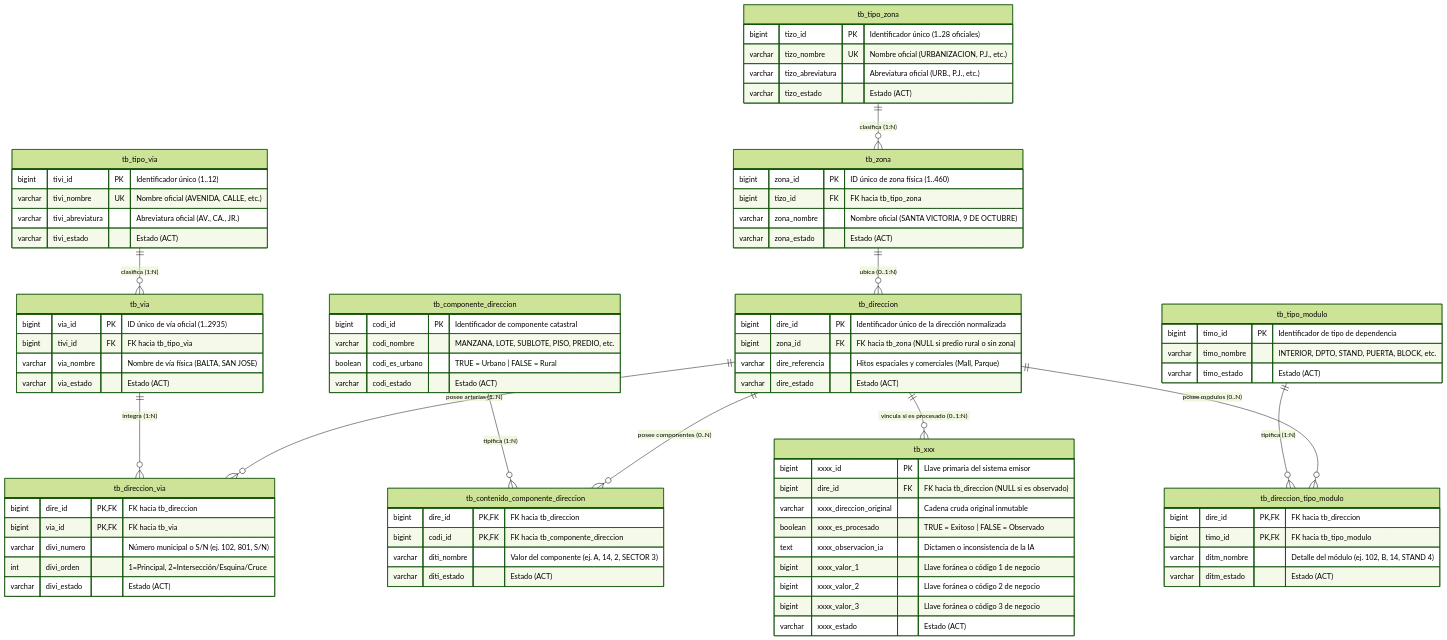
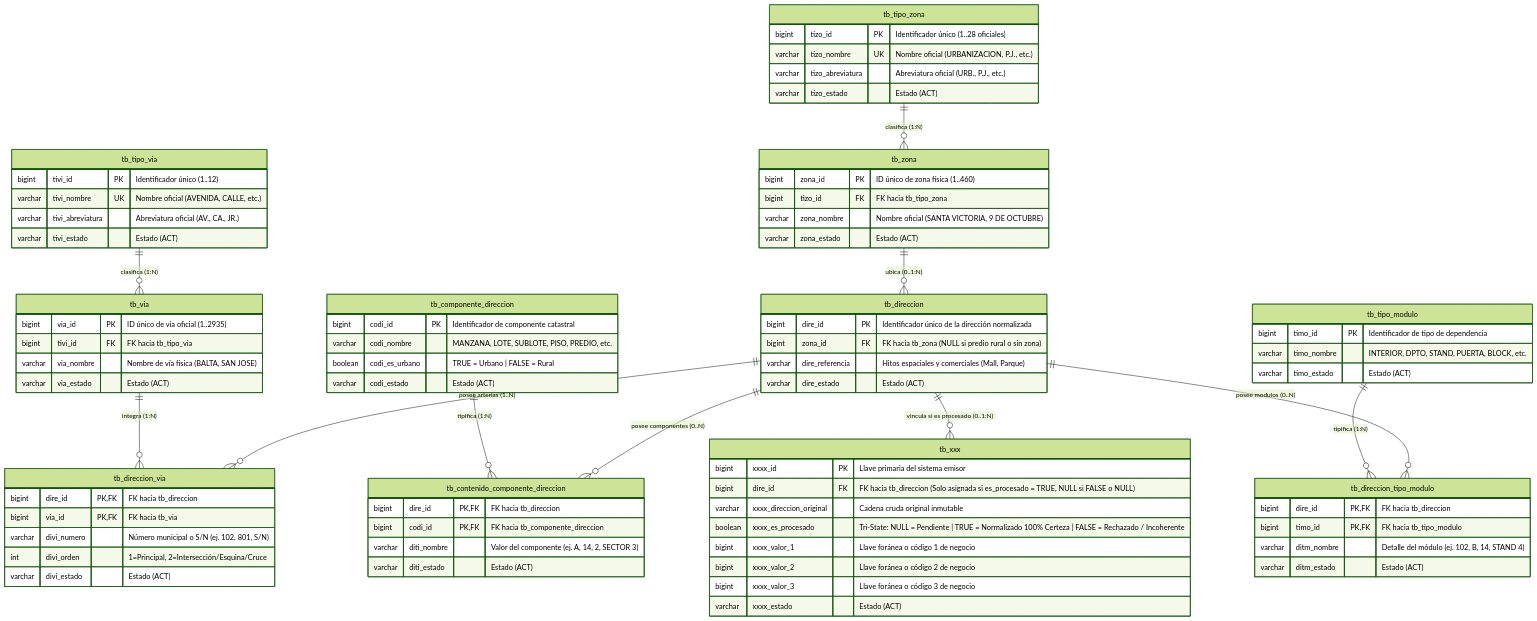
One commit to Chungm7/ETL_DIRECCIONES changed the diagram in docs/DIAGRAMA_BASE_DE_DATOS.md. Above: the diagram before and after it, drawn with Mermaid (forest theme). The commit also changed other lines of this file and 23 other files, not shown here.

```diff
--- a/docs/DIAGRAMA_BASE_DE_DATOS.md
+++ b/docs/DIAGRAMA_BASE_DE_DATOS.md
@@ -114,10 +119,9 @@
 
     tb_xxx {
         bigint xxxx_id PK "Llave primaria del sistema emisor"
-        bigint dire_id FK "FK hacia tb_direccion (NULL si es observado)"
+        bigint dire_id FK "FK hacia tb_direccion (Solo asignada si es_procesado = TRUE, NULL si FALSE o NULL)"
         varchar xxxx_direccion_original "Cadena cruda original inmutable"
-        boolean xxxx_es_procesado "TRUE = Exitoso | FALSE = Observado"
-        text xxxx_observacion_ia "Dictamen o inconsistencia de la IA"
+        boolean xxxx_es_procesado "Tri-State: NULL = Pendiente | TRUE = Normalizado 100% Certeza | FALSE = Rechazado / Incoherente"
         bigint xxxx_valor_1 "Llave foránea o código 1 de negocio"
         bigint xxxx_valor_2 "Llave foránea o código 2 de negocio"
         bigint xxxx_valor_3 "Llave foránea o código 3 de negocio"
```
